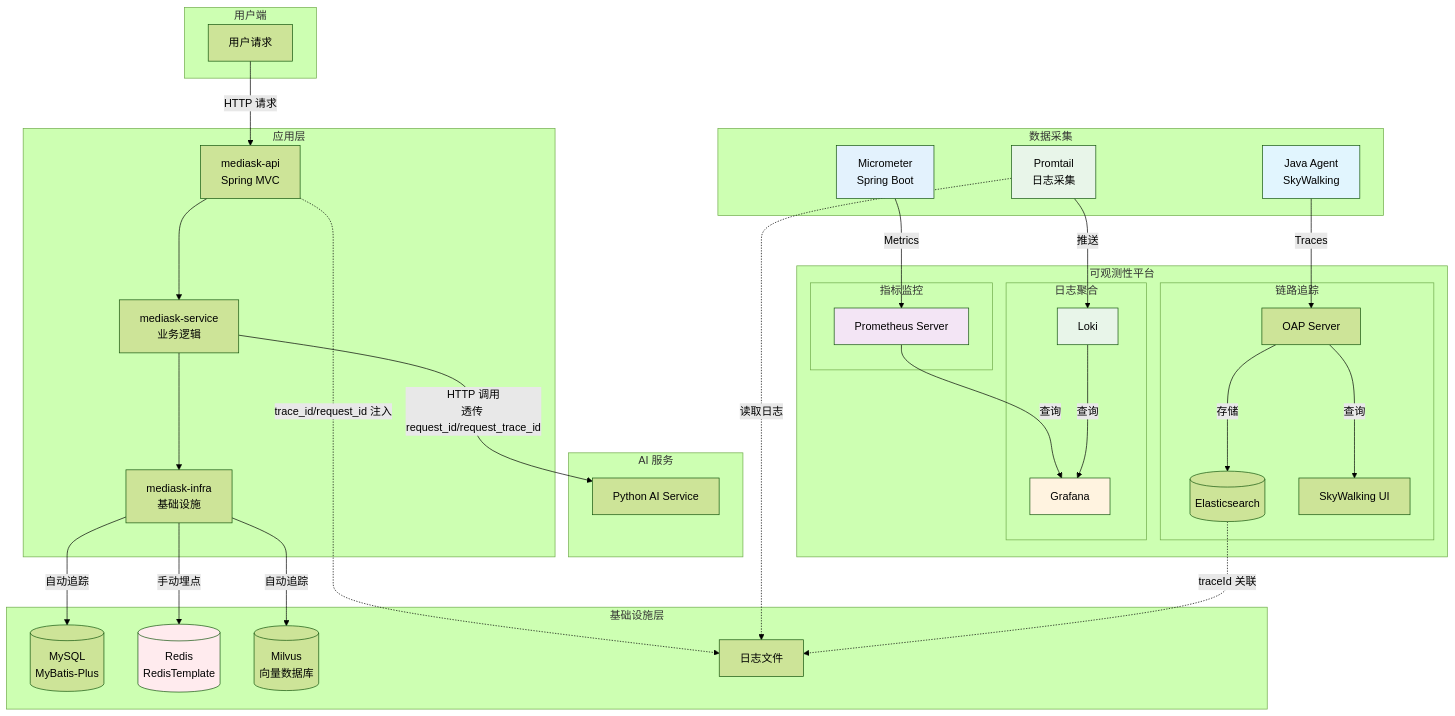
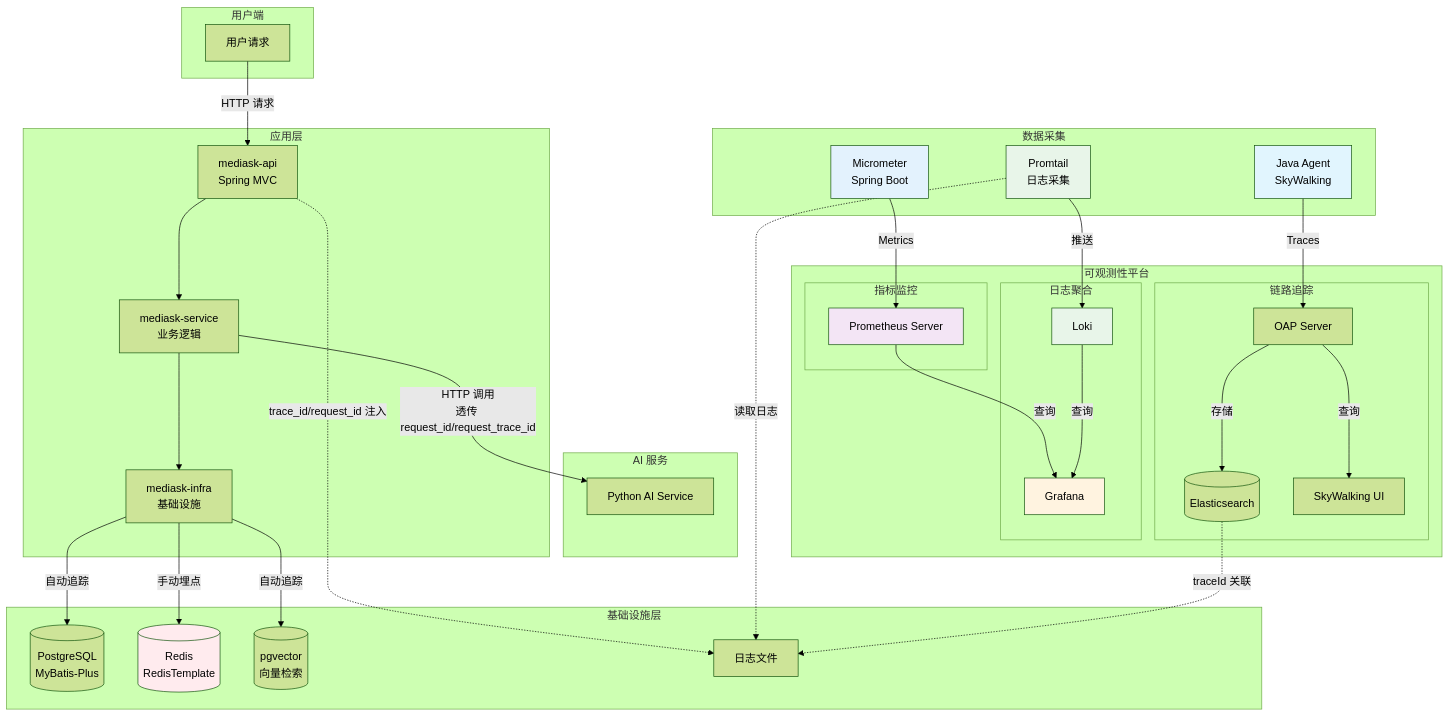
One commit to JianwenShaw/MediAskDocs changed the first of 3 diagrams in docs/17-OBSERVABILITY.md. Above: the diagram before and after it, drawn with Mermaid (forest theme). The commit also changed other lines of this file and 15 other files, not shown here.

Commit message:
refactor: 数据库存储架构升级,MySQL + Milvus 方案迁移至 PostgreSQL + PG Vector

````diff
--- a/docs/17-OBSERVABILITY.md
+++ b/docs/17-OBSERVABILITY.md
@@ -516,77 +516,77 @@
 ```mermaid
 graph TB
     subgraph 用户端
         U[用户请求]
     end
 
     subgraph 应用层
         A[mediask-api<br/>Spring MVC]
         S[mediask-service<br/>业务逻辑]
         I[mediask-infra<br/>基础设施]
     end
 
     subgraph AI 服务
         PY[Python AI Service]
     end
 
     subgraph 基础设施层
-        DB[(MySQL<br/>MyBatis-Plus)]
+        DB[(PostgreSQL<br/>MyBatis-Plus)]
         R[(Redis<br/>RedisTemplate)]
-        V[(Milvus<br/>向量数据库)]
+        V[(pgvector<br/>向量检索)]
         Log[日志文件]
     end
 
     subgraph 数据采集
         SW_Agent[Java Agent<br/>SkyWalking]
         Micrometer[Micrometer<br/>Spring Boot]
         Promtail[Promtail<br/>日志采集]
     end
 
     subgraph 可观测性平台
         subgraph 链路追踪
             OAP[OAP Server]
             ES[(Elasticsearch)]
             SW_UI[SkyWalking UI]
         end
 
         subgraph 指标监控
             Prometheus[Prometheus Server]
         end
 
         subgraph 日志聚合
             Loki[Loki]
             Grafana[Grafana]
         end
     end
 
     U -->|"HTTP 请求"| A
     A --> S
     S --> I
     S -->|"HTTP 调用<br/>透传 request_id/request_trace_id"| PY
 
     I -->|"自动追踪"| DB
     I -->|"手动埋点"| R
     I -->|"自动追踪"| V
 
     A -.->|"trace_id/request_id 注入"| Log
 
     SW_Agent -->|"Traces"| OAP
     Micrometer -->|"Metrics"| Prometheus
     Promtail -.->|"读取日志"| Log
 
     OAP -->|"存储"| ES
     OAP -->|"查询"| SW_UI
     Prometheus -->|"查询"| Grafana
     Promtail -->|"推送"| Loki
     Loki -->|"查询"| Grafana
 
     ES -.->|"traceId 关联"| Log
 
     style SW_Agent fill:#e1f5fe
     style Micrometer fill:#e3f2fd
     style Prometheus fill:#f3e5f5
     style Grafana fill:#fff3e0
     style R fill:#ffebee
     style Loki fill:#e8f5e9
     style Promtail fill:#e8f5e9
 ```
````
